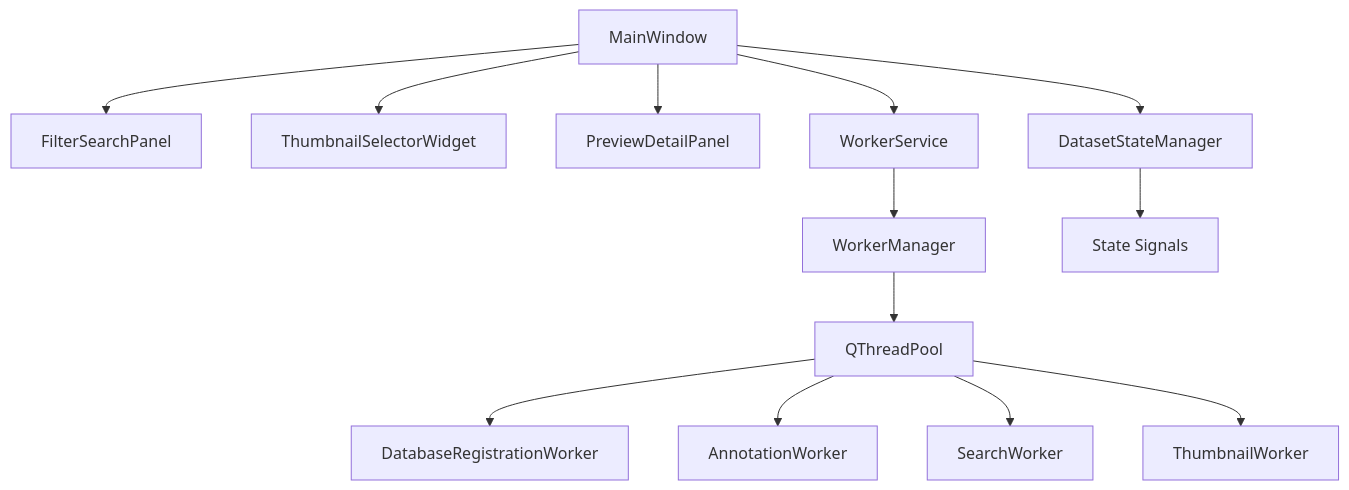
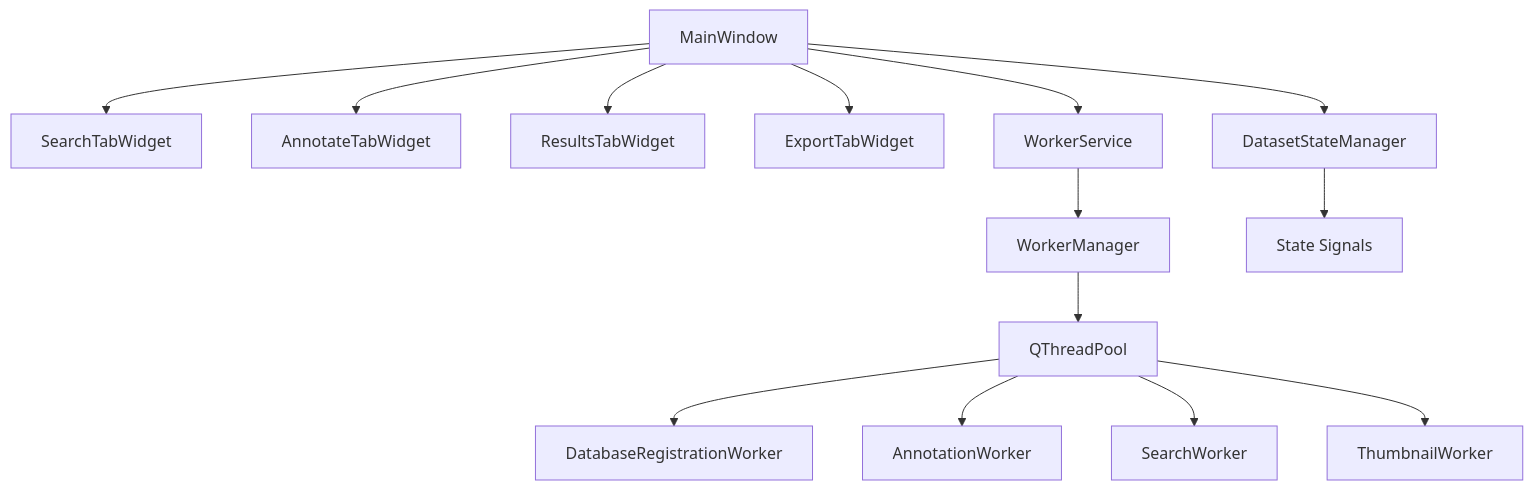
One commit to NEXTAltair/LoRAIro changed the second of 2 diagrams in docs/architecture.md. Above: the diagram before and after it, drawn with Mermaid. The commit also changed other lines of this file and 2 other files, not shown here.

First line of the commit message:
docs: architecture.md/services.md/documentation-maintenance.md の実装乖離を修正

````diff
--- a/docs/architecture.md
+++ b/docs/architecture.md
@@ -108,15 +110,16 @@
 ```mermaid
 graph TD
-    A[MainWindow] --> B[FilterSearchPanel]
-    A --> C[ThumbnailSelectorWidget]
-    A --> D[PreviewDetailPanel]
+    A[MainWindow] --> B[SearchTabWidget]
+    A --> C[AnnotateTabWidget]
+    A --> D[ResultsTabWidget]
+    A --> N[ExportTabWidget]
     A --> E[WorkerService]
     E --> F[WorkerManager]
     F --> G[QThreadPool]
     G --> H[DatabaseRegistrationWorker]
     G --> I[AnnotationWorker]
     G --> J[SearchWorker]
     G --> K[ThumbnailWorker]
     A --> L[DatasetStateManager]
     L --> M[State Signals]
 ```
````
